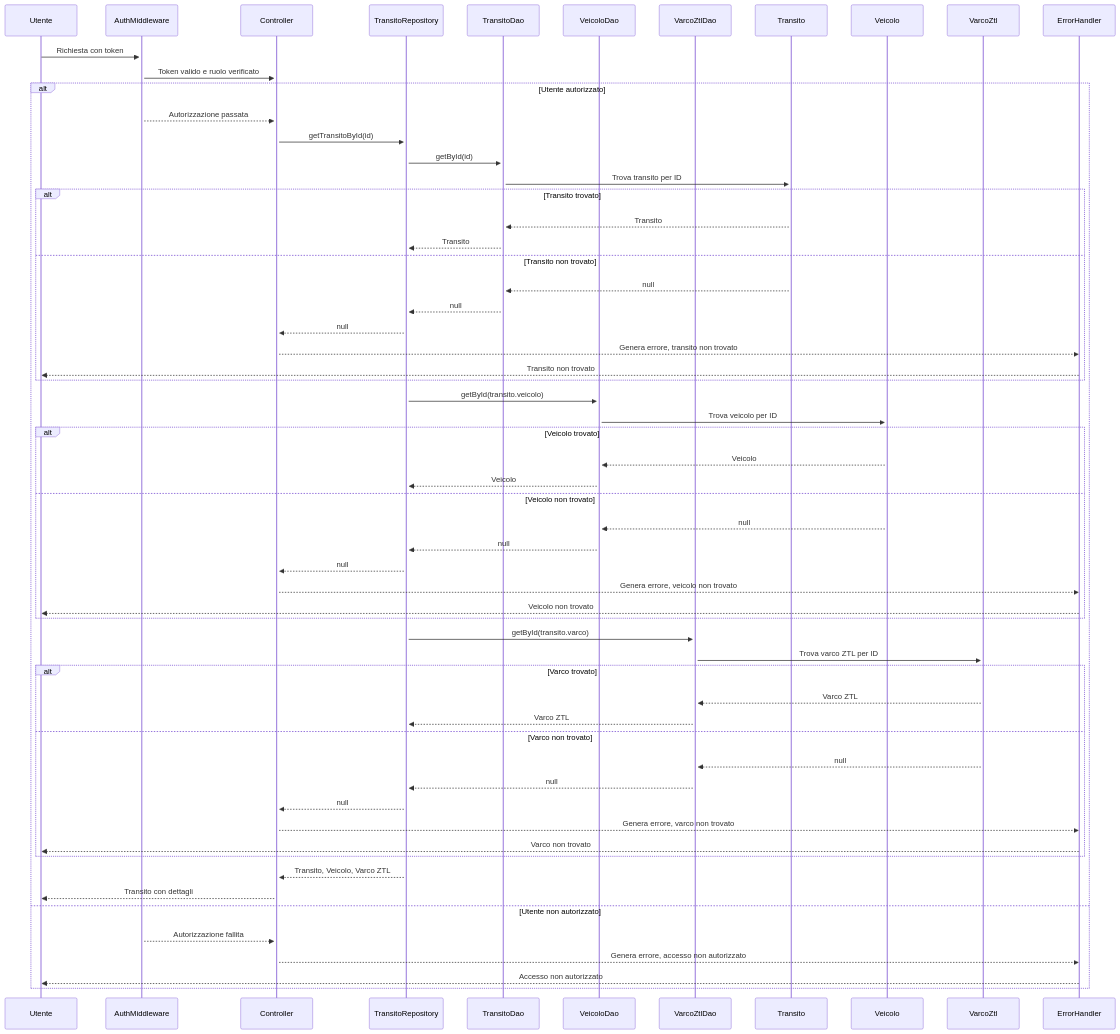
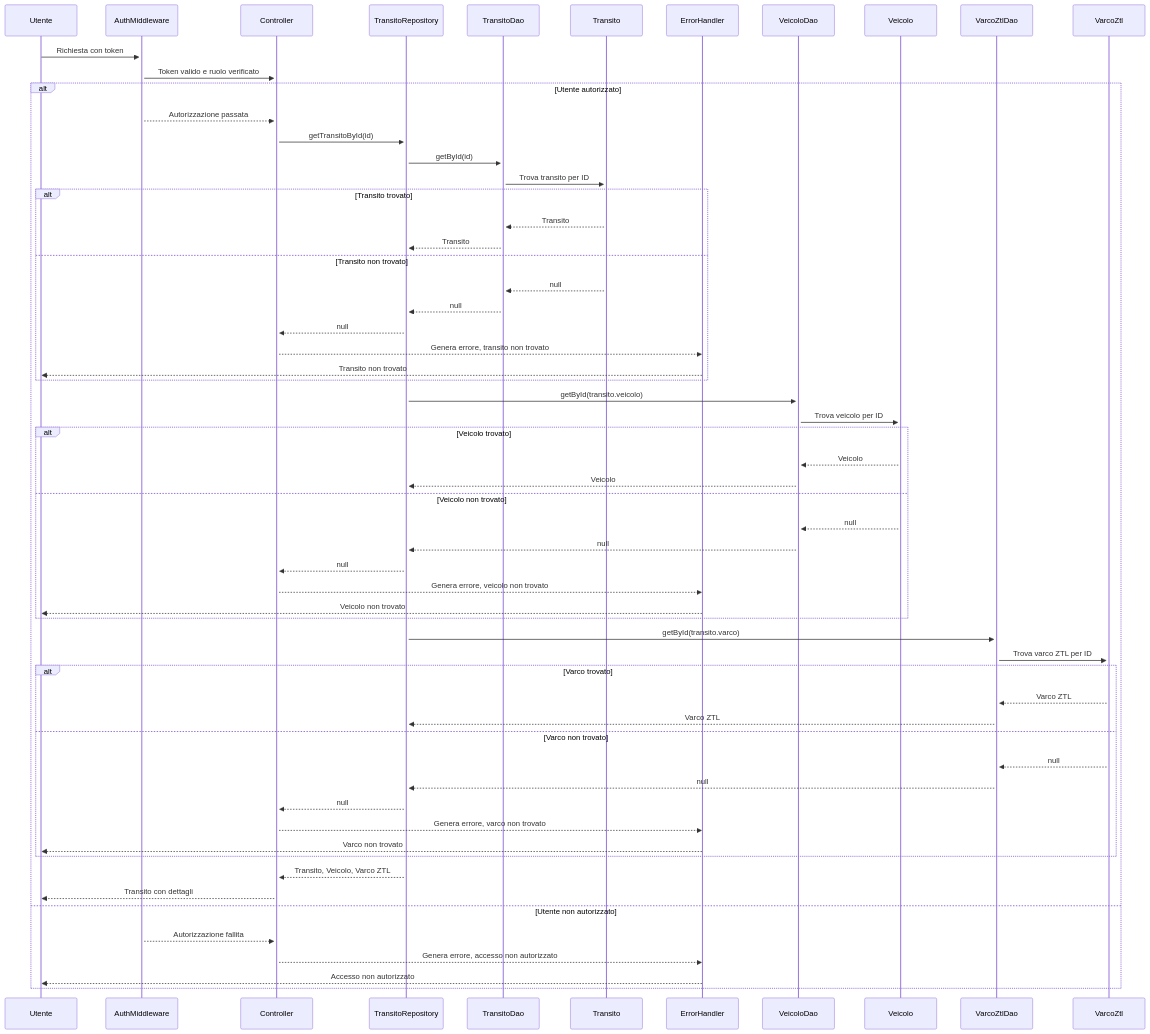
The eighth of 12 diagrams in README.md (Arianna6400/Adv_Prog), drawn with Mermaid before and after one commit. The commit also changed other lines of this file, not shown here.

````diff
--- a/README.md
+++ b/README.md
@@ -484,63 +484,63 @@
 ```mermaid
 sequenceDiagram
     participant U as Utente
     participant Auth as AuthMiddleware
     participant C as Controller
     participant R as TransitoRepository
     participant DAO_T as TransitoDao
+    participant T as Transito
+    participant Err as ErrorHandler
     participant DAO_V as VeicoloDao
+    participant V as Veicolo
     participant DAO_Z as VarcoZtlDao
-    participant T as Transito
-    participant V as Veicolo
     participant Z as VarcoZtl
-    participant Err as ErrorHandler
-
+    
     U->>+Auth: Richiesta con token
     Auth->>+C: Token valido e ruolo verificato
     alt Utente autorizzato
         Auth-->>C: Autorizzazione passata
         C->>+R: getTransitoById(id)
         R->>+DAO_T: getById(id)
         DAO_T->>+T: Trova transito per ID
         alt Transito trovato
             T-->>DAO_T: Transito
             DAO_T-->>R: Transito
         else Transito non trovato
             T-->>DAO_T: null
             DAO_T-->>R: null
             R-->>C: null
             C-->>Err: Genera errore, transito non trovato
             Err-->>U: Transito non trovato
         end
         R->>+DAO_V: getById(transito.veicolo)
         DAO_V->>+V: Trova veicolo per ID
         alt Veicolo trovato
             V-->>DAO_V: Veicolo
             DAO_V-->>R: Veicolo
         else Veicolo non trovato
             V-->>DAO_V: null
             DAO_V-->>R: null
             R-->>C: null
             C-->>Err: Genera errore, veicolo non trovato
             Err-->>U: Veicolo non trovato
         end
         R->>+DAO_Z: getById(transito.varco)
         DAO_Z->>+Z: Trova varco ZTL per ID
         alt Varco trovato
             Z-->>DAO_Z: Varco ZTL
             DAO_Z-->>R: Varco ZTL
         else Varco non trovato
             Z-->>DAO_Z: null
             DAO_Z-->>R: null
             R-->>C: null
             C-->>Err: Genera errore, varco non trovato
             Err-->>U: Varco non trovato
         end
         R-->>C: Transito, Veicolo, Varco ZTL
         C-->>U: Transito con dettagli
     else Utente non autorizzato
         Auth-->>C: Autorizzazione fallita
         C-->>Err: Genera errore, accesso non autorizzato
         Err-->>U: Accesso non autorizzato
     end
 ```
````
